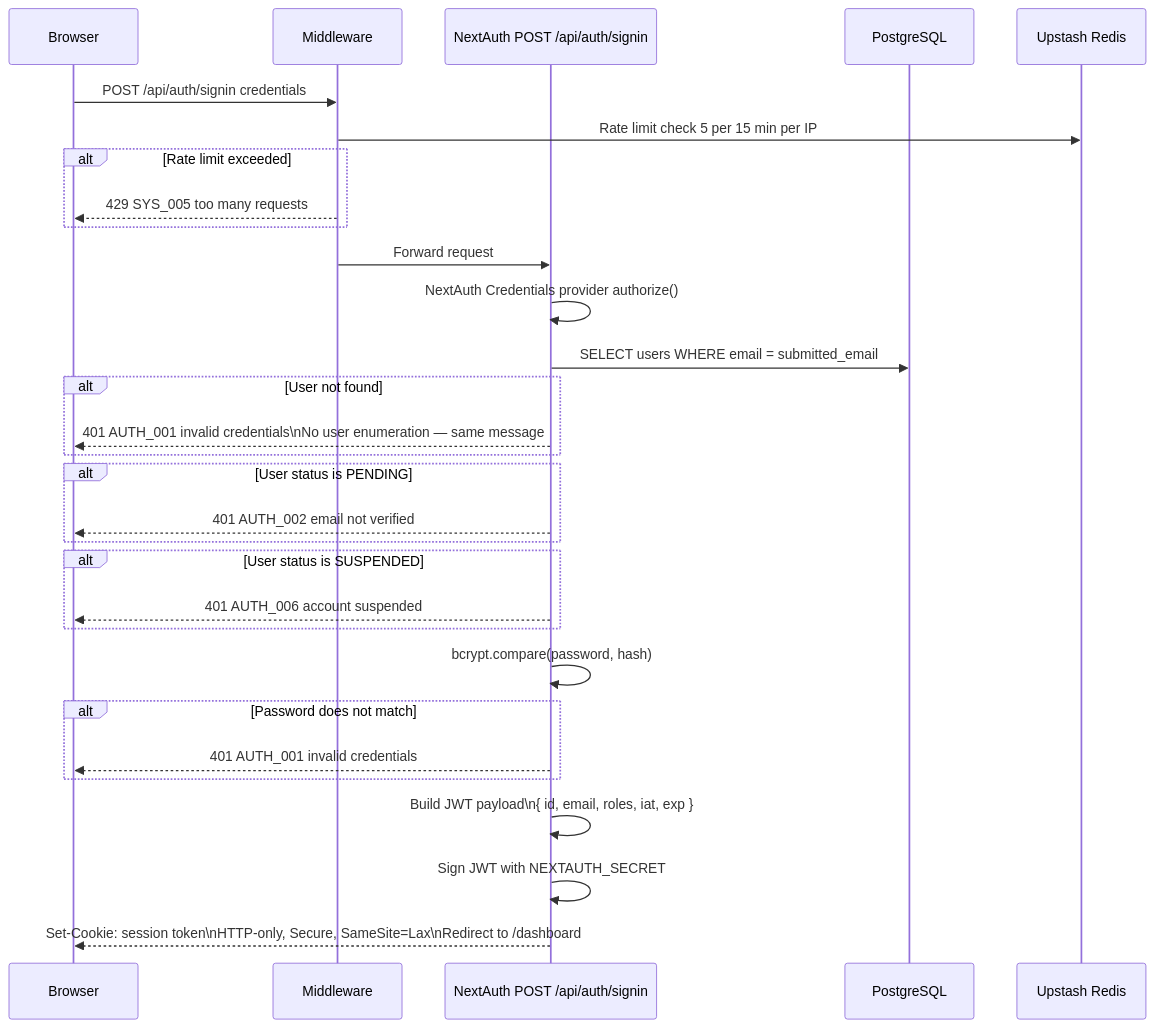
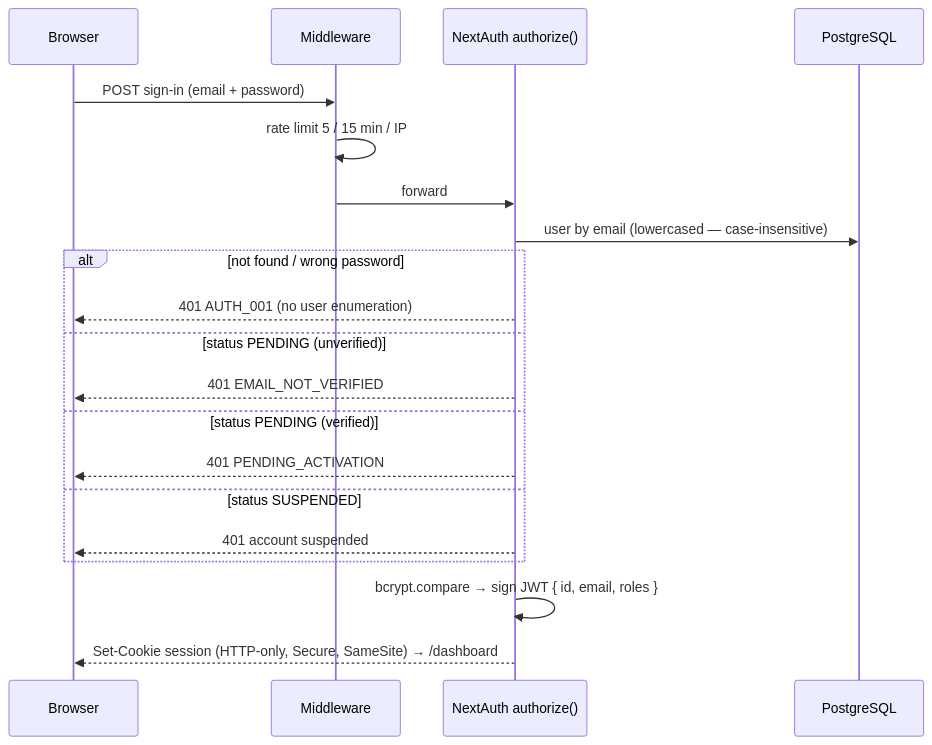
The second of 4 diagrams in docs/flows/01-auth-flow.md (KSDRILL-SA/Xkimi-Xa-Mali), drawn with Mermaid before and after one commit. The commit also changed other lines of this file and 4 other files, not shown here.

First line of the commit message:
docs: tighten flow diagrams and correct stale framing (#190)

````diff
--- a/docs/flows/01-auth-flow.md
+++ b/docs/flows/01-auth-flow.md
@@ -87,33 +25,23 @@
 ```mermaid
 sequenceDiagram
     participant B as Browser
     participant MW as Middleware
-    participant NEXTAUTH as NextAuth POST /api/auth/signin
+    participant NA as NextAuth authorize()
     participant DB as PostgreSQL
-    participant REDIS as Upstash Redis
 
-    B->>MW: POST /api/auth/signin credentials
-    MW->>REDIS: Rate limit check 5 per 15 min per IP
-    alt Rate limit exceeded
-        MW-->>B: 429 SYS_005 too many requests
+    B->>MW: POST sign-in (email + password)
+    MW->>MW: rate limit 5 / 15 min / IP
+    MW->>NA: forward
+    NA->>DB: user by email (lowercased — case-insensitive)
+    alt not found / wrong password
+        NA-->>B: 401 AUTH_001 (no user enumeration)
+    else status PENDING (unverified)
+        NA-->>B: 401 EMAIL_NOT_VERIFIED
+    else status PENDING (verified)
+        NA-->>B: 401 PENDING_ACTIVATION
+    else status SUSPENDED
+        NA-->>B: 401 account suspended
     end
-    MW->>NEXTAUTH: Forward request
-    NEXTAUTH->>NEXTAUTH: NextAuth Credentials provider authorize()
-    NEXTAUTH->>DB: SELECT users WHERE email = submitted_email
-    alt User not found
-        NEXTAUTH-->>B: 401 AUTH_001 invalid credentials\nNo user enumeration — same message
-    end
-    alt User status is PENDING
-        NEXTAUTH-->>B: 401 AUTH_002 email not verified
-    end
-    alt User status is SUSPENDED
-        NEXTAUTH-->>B: 401 AUTH_006 account suspended
-    end
-    NEXTAUTH->>NEXTAUTH: bcrypt.compare(password, hash)
-    alt Password does not match
-        NEXTAUTH-->>B: 401 AUTH_001 invalid credentials
-    end
-    NEXTAUTH->>NEXTAUTH: Build JWT payload\n{ id, email, roles, iat, exp }
-    NEXTAUTH->>NEXTAUTH: Sign JWT with NEXTAUTH_SECRET
-    NEXTAUTH-->>B: Set-Cookie: session token\nHTTP-only, Secure, SameSite=Lax\nRedirect to /dashboard
+    NA->>NA: bcrypt.compare → sign JWT { id, email, roles }
+    NA-->>B: Set-Cookie session (HTTP-only, Secure, SameSite) → /dashboard
 ```
````
